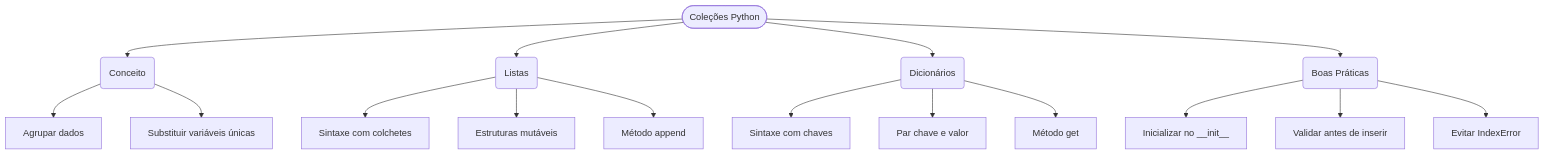
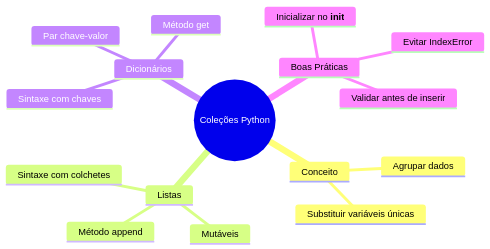
One commit to allbertsoarez/cornelia-tecnico changed the diagram in POO/Aulas/Aula09-MapaMental.md. Above: the diagram before and after it, drawn with Mermaid. The commit also changed other lines of this file, not shown here.

````diff
--- a/POO/Aulas/Aula09-MapaMental.md
+++ b/POO/Aulas/Aula09-MapaMental.md
@@ -6,22 +2,19 @@
 ```mermaid
-graph TD
-    A([Coleções Python]) --> B(Conceito)
-    A --> C(Listas)
-    A --> D(Dicionários)
-    A --> E(Boas Práticas)
-
-    B --> B1[Agrupar dados]
-    B --> B2[Substituir variáveis únicas]
-
-    C --> C1[Sintaxe com colchetes]
-    C --> C2[Estruturas mutáveis]
-    C --> C3[Método append]
-
-    D --> D1[Sintaxe com chaves]
-    D --> D2[Par chave e valor]
-    D --> D3[Método get]
-
-    E --> E1[Inicializar no __init__]
-    E --> E2[Validar antes de inserir]
-    E --> E3[Evitar IndexError]
+mindmap
+  root((Coleções Python))
+    Conceito
+      Agrupar dados
+      Substituir variáveis únicas
+    Listas
+      Sintaxe com colchetes
+      Mutáveis
+      Método append
+    Dicionários
+      Sintaxe com chaves
+      Par chave-valor
+      Método get
+    Boas Práticas
+      Inicializar no __init__
+      Validar antes de inserir
+      Evitar IndexError
 ```
````
